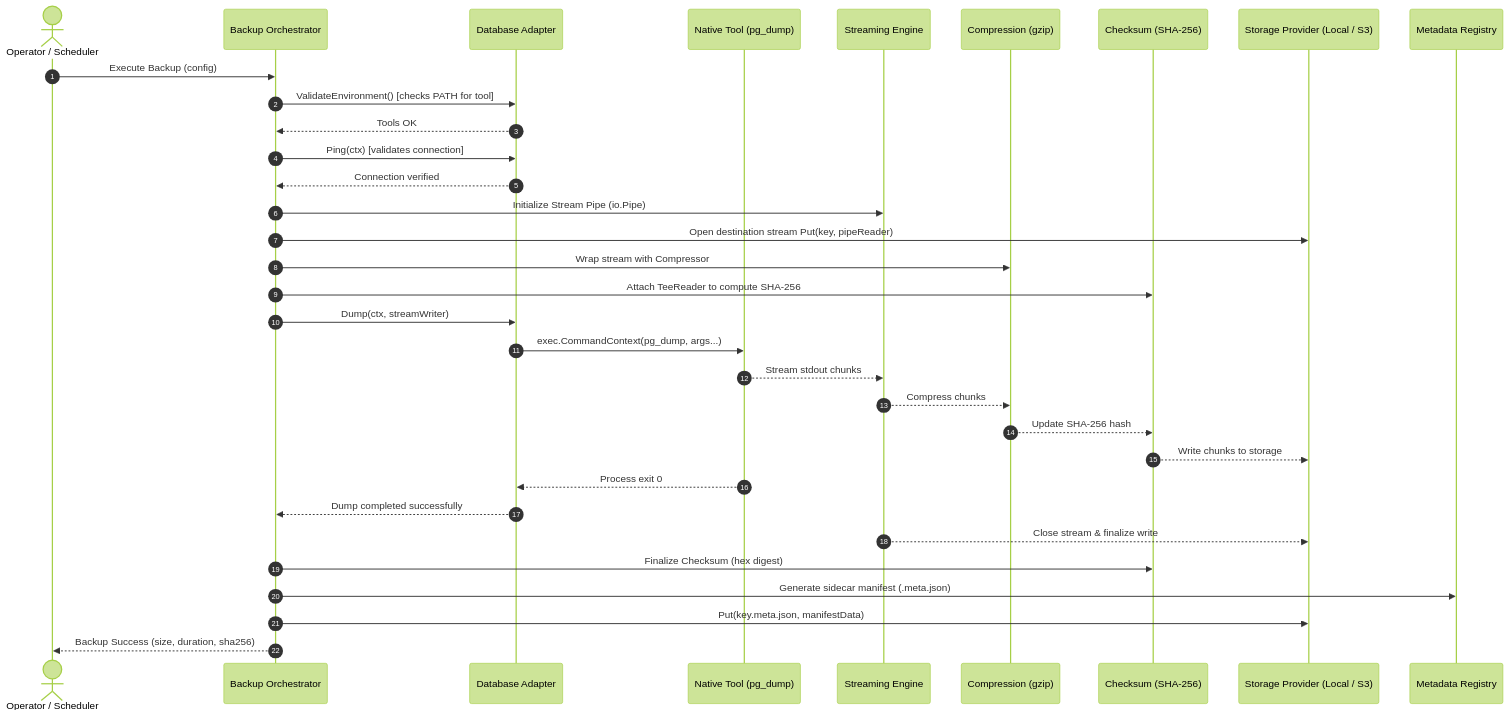
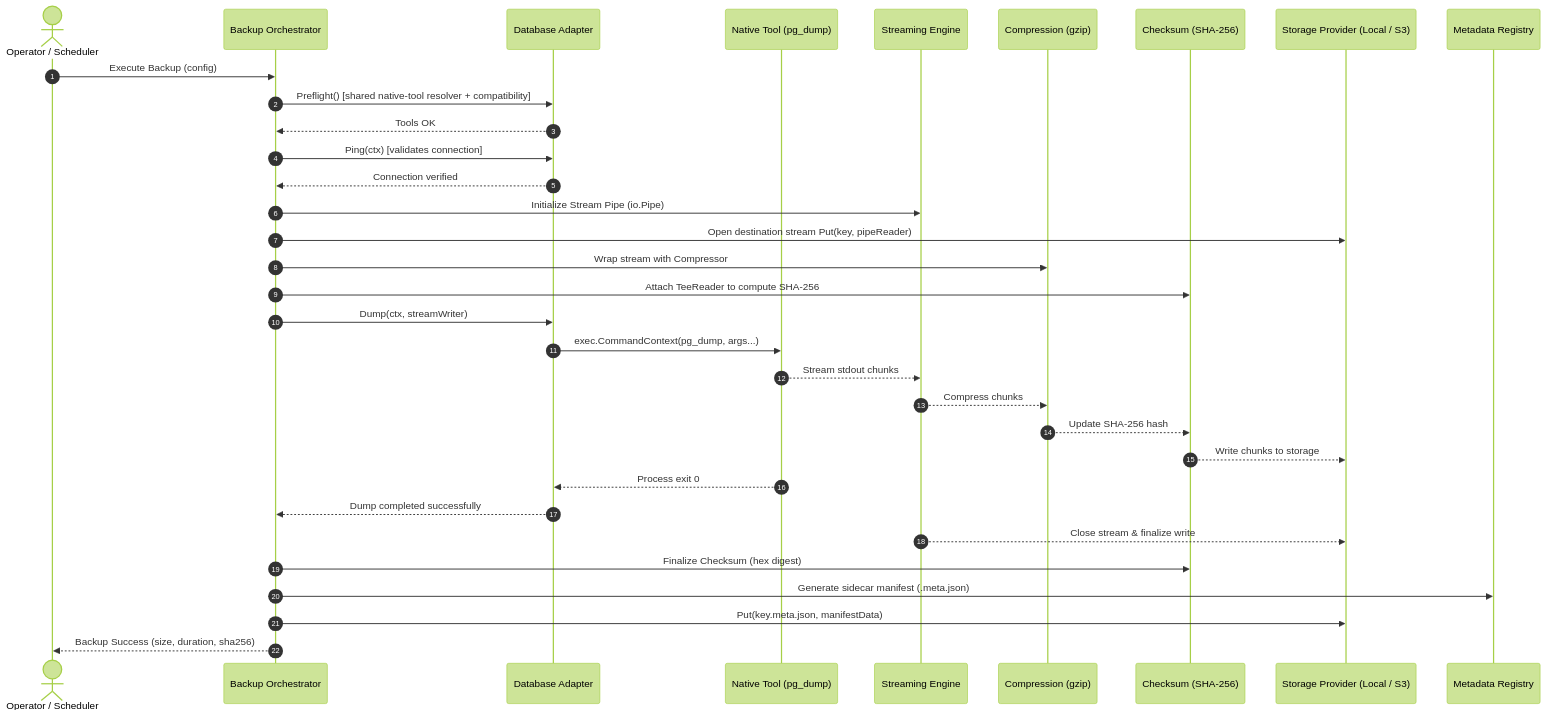
One commit to sung2708/DBVault changed the second of 3 diagrams in docs/architecture.md. Above: the diagram before and after it, drawn with Mermaid (forest theme). The commit also changed other lines of this file and 64 other files, not shown here.

````diff
--- a/docs/architecture.md
+++ b/docs/architecture.md
@@ -225,40 +229,40 @@
 ```mermaid
 sequenceDiagram
     autonumber
     actor User as Operator / Scheduler
     participant App as Backup Orchestrator
     participant DB as Database Adapter
     participant Native as Native Tool (pg_dump)
     participant Pipe as Streaming Engine
     participant Comp as Compression (gzip)
     participant Hash as Checksum (SHA-256)
     participant Store as Storage Provider (Local / S3)
     participant Meta as Metadata Registry
 
     User->>App: Execute Backup (config)
-    App->>DB: ValidateEnvironment() [checks PATH for tool]
+    App->>DB: Preflight() [shared native-tool resolver + compatibility]
     DB-->>App: Tools OK
     App->>DB: Ping(ctx) [validates connection]
     DB-->>App: Connection verified
     
     App->>Pipe: Initialize Stream Pipe (io.Pipe)
     App->>Store: Open destination stream Put(key, pipeReader)
     App->>Comp: Wrap stream with Compressor
     App->>Hash: Attach TeeReader to compute SHA-256
     
     App->>DB: Dump(ctx, streamWriter)
     DB->>Native: exec.CommandContext(pg_dump, args...)
     Native-->>Pipe: Stream stdout chunks
     Pipe-->>Comp: Compress chunks
     Comp-->>Hash: Update SHA-256 hash
     Hash-->>Store: Write chunks to storage
     
     Native-->>DB: Process exit 0
     DB-->>App: Dump completed successfully
     Pipe-->>Store: Close stream & finalize write
     
     App->>Hash: Finalize Checksum (hex digest)
     App->>Meta: Generate sidecar manifest (.meta.json)
     App->>Store: Put(key.meta.json, manifestData)
     App-->>User: Backup Success (size, duration, sha256)
 ```
````
